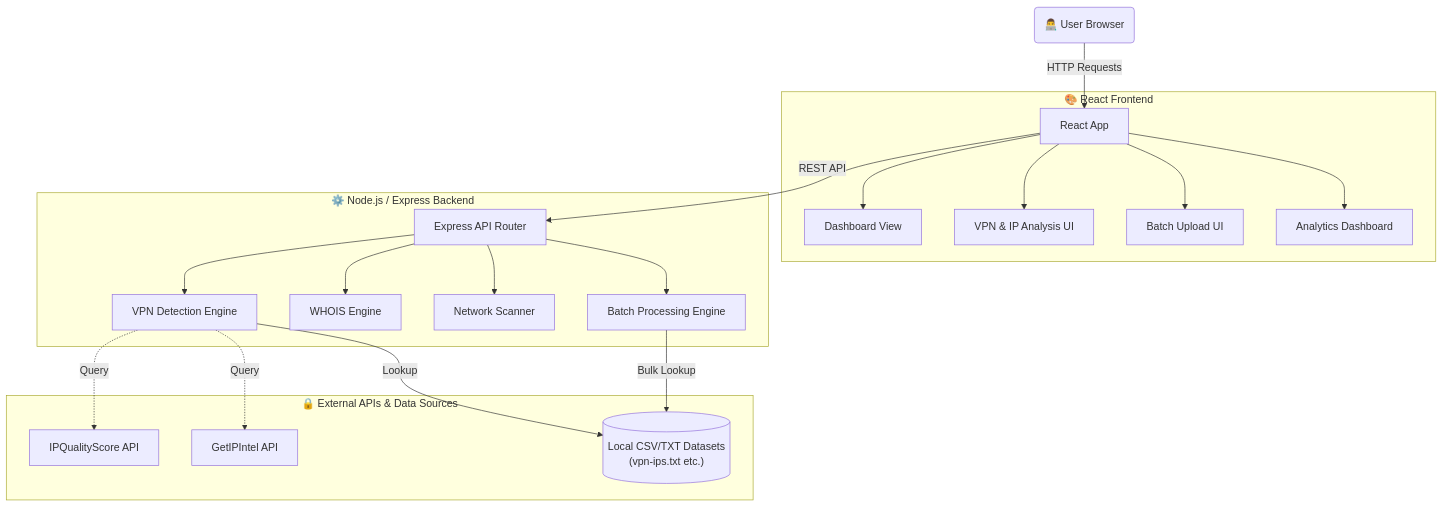
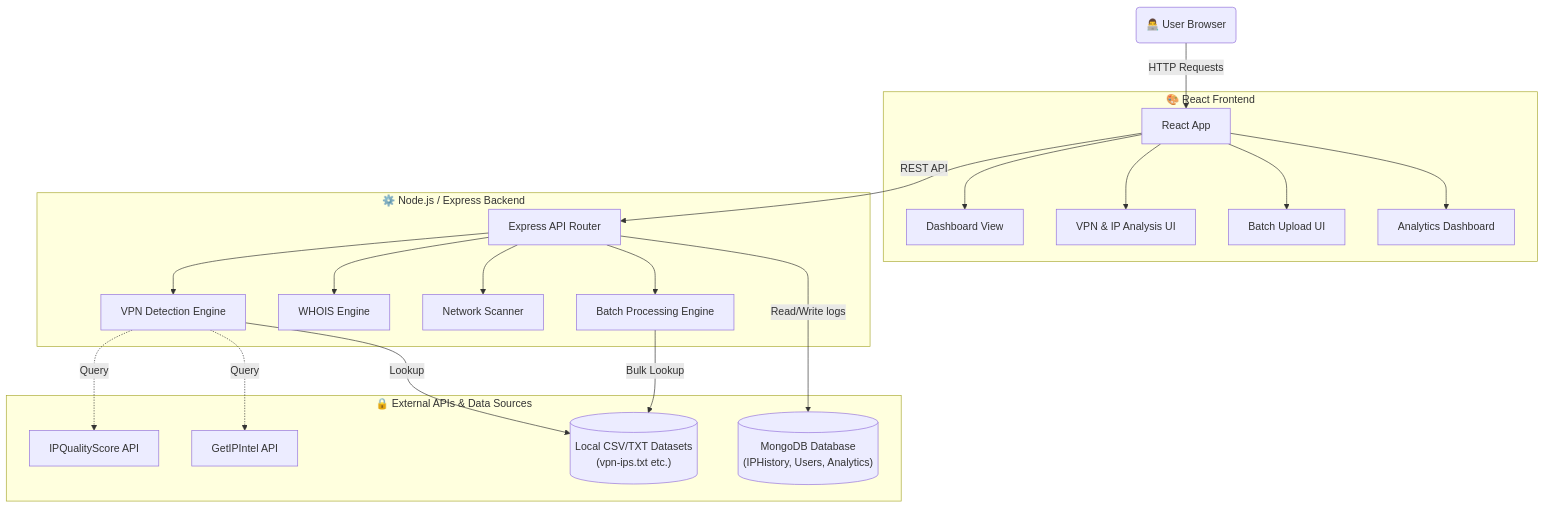
Before and after one commit to Harshul8824/Final_Yr_Project: the diagram in README.md, drawn with Mermaid. The commit also changed other lines of this file, not shown here.

````diff
--- a/README.md
+++ b/README.md
@@ -25,42 +25,44 @@
 ```mermaid
 graph TD
     Client("👨‍💻 User Browser") -->|"HTTP Requests"| Frontend
     
     subgraph "🎨 React Frontend"
         Frontend["React App"]
         Dashboard["Dashboard View"]
         VPNDetectUI["VPN & IP Analysis UI"]
         BatchProcUI["Batch Upload UI"]
         AnalyticsUI["Analytics Dashboard"]
         Frontend --> Dashboard
         Frontend --> VPNDetectUI
         Frontend --> BatchProcUI
         Frontend --> AnalyticsUI
     end
 
     Frontend -- "REST API" --> BackendAPI
 
     subgraph "⚙️ Node.js / Express Backend"
         BackendAPI["Express API Router"]
         VPNDetectRouter["VPN Detection Engine"]
         WHOISRouter["WHOIS Engine"]
         NetworkScanRouter["Network Scanner"]
         BatchProcEngine["Batch Processing Engine"]
         
         BackendAPI --> VPNDetectRouter
         BackendAPI --> WHOISRouter
         BackendAPI --> NetworkScanRouter
         BackendAPI --> BatchProcEngine
     end
 
     subgraph "🔒 External APIs & Data Sources"
         IPQualityScore["IPQualityScore API"]
         GetIPIntel["GetIPIntel API"]
         LocalFiles[("Local CSV/TXT Datasets<br/>(vpn-ips.txt etc.)")]
+        MongoDB[("MongoDB Database<br/>(IPHistory, Users, Analytics)")]
         
         VPNDetectRouter -.->|"Query"| IPQualityScore
         VPNDetectRouter -.->|"Query"| GetIPIntel
         VPNDetectRouter -->|"Lookup"| LocalFiles
         BatchProcEngine -->|"Bulk Lookup"| LocalFiles
+        BackendAPI -->|"Read/Write logs"| MongoDB
     end
 ```
````
